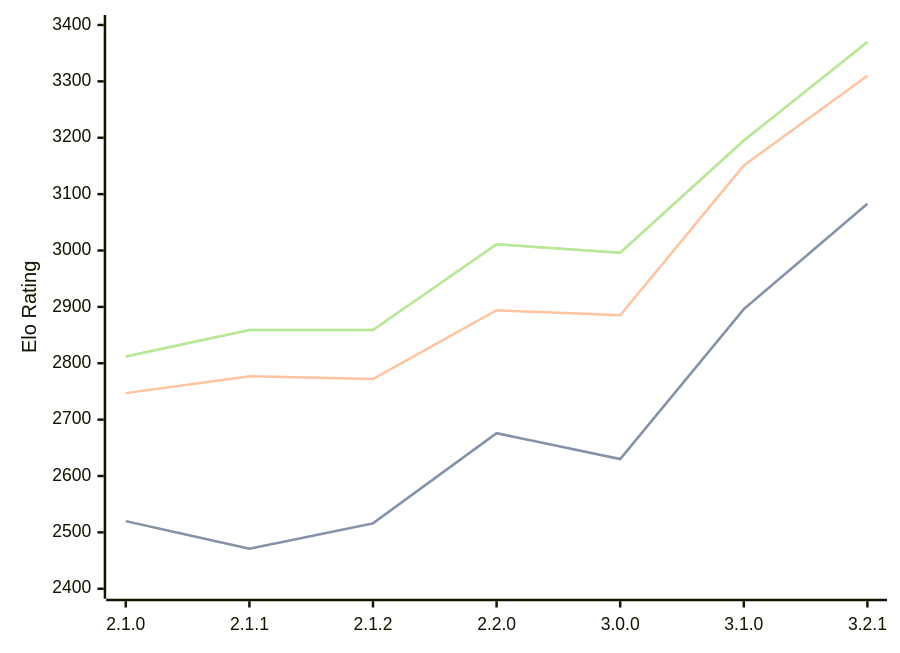
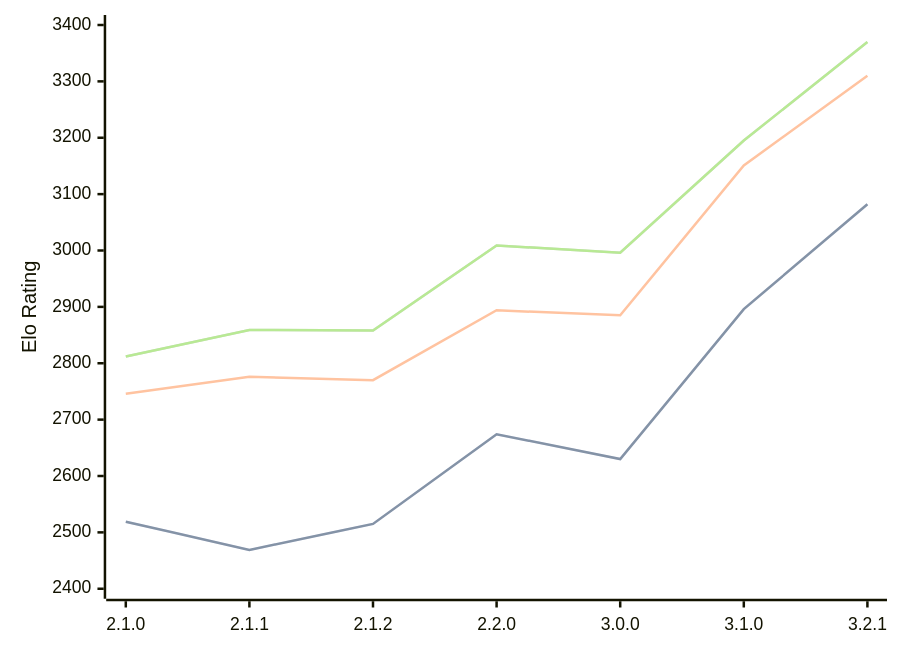
Before and after one commit to computer-chess-index/cci: the first of 3 diagrams in engines/Prune.md, drawn with Mermaid. The commit also changed other lines of this file, not shown here.

Commit message:
Update CCI Ratings (ELO VLTC) - 2026-06-26

````diff
--- a/engines/Prune.md
+++ b/engines/Prune.md
@@ -42,11 +42,11 @@
 ```mermaid
 %%{init: {"theme":"base","themeVariables":{"seriesColors:['#a3a3a3','#222221','#faa371']}}}%%
 xychart-beta
   x-axis ["2.1.0", "2.1.1", "2.1.2", "2.2.0", "3.0.0", "3.1.0", "3.2.1"]
   y-axis "Elo Rating" 2400 --> 3400
-  line "STC (8.0+0.08s)" [2520, 2471, 2516, 2676, 2630, 2896, 3083]
-  line "STC (8.0+0.08s)" [2520, 2471, 2516, 2676, 2630, 2896, 3083]
-  line "LTC (60.0+0.60s)" [2747, 2777, 2772, 2894, 2885, 3151, 3310]
-  line "VLTC (2m24s+1.12s)" [2812, 2859, 2859, 3011, 2996, 3195, 3370]
-  line "VLTC (2m24s+1.12s)" [2812, 2859, 2859, 3011, 2996, 3195, 3370]
+  line "STC (8.0+0.08s)" [2519, 2469, 2515, 2674, 2630, 2896, 3082]
+  line "STC (8.0+0.08s)" [2519, 2469, 2515, 2674, 2630, 2896, 3082]
+  line "LTC (60.0+0.60s)" [2746, 2776, 2770, 2894, 2885, 3151, 3310]
+  line "VLTC (2m24s+1.12s)" [2812, 2859, 2858, 3009, 2996, 3195, 3370]
+  line "VLTC (2m24s+1.12s)" [2812, 2859, 2858, 3009, 2996, 3195, 3370]
 ```
````
